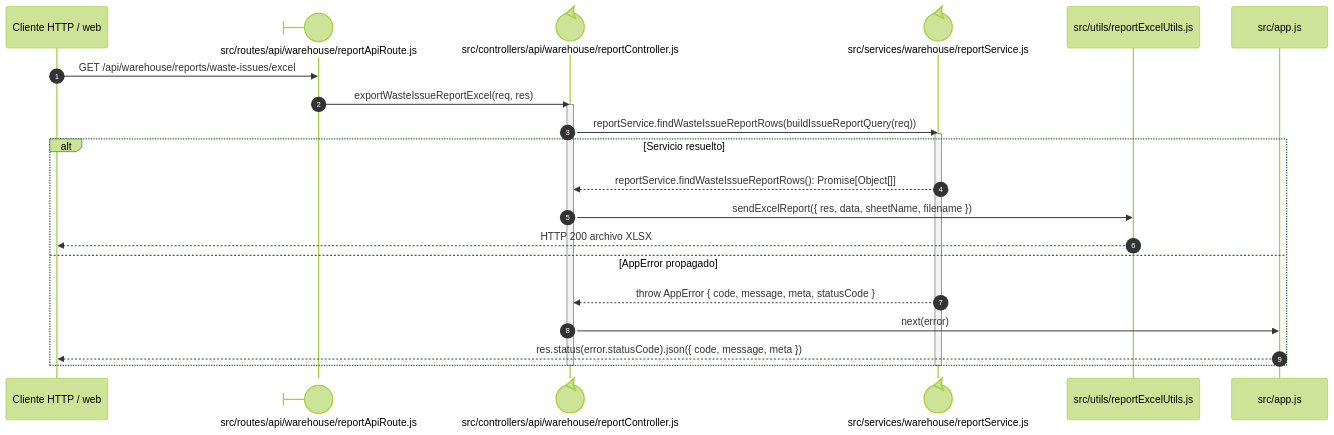
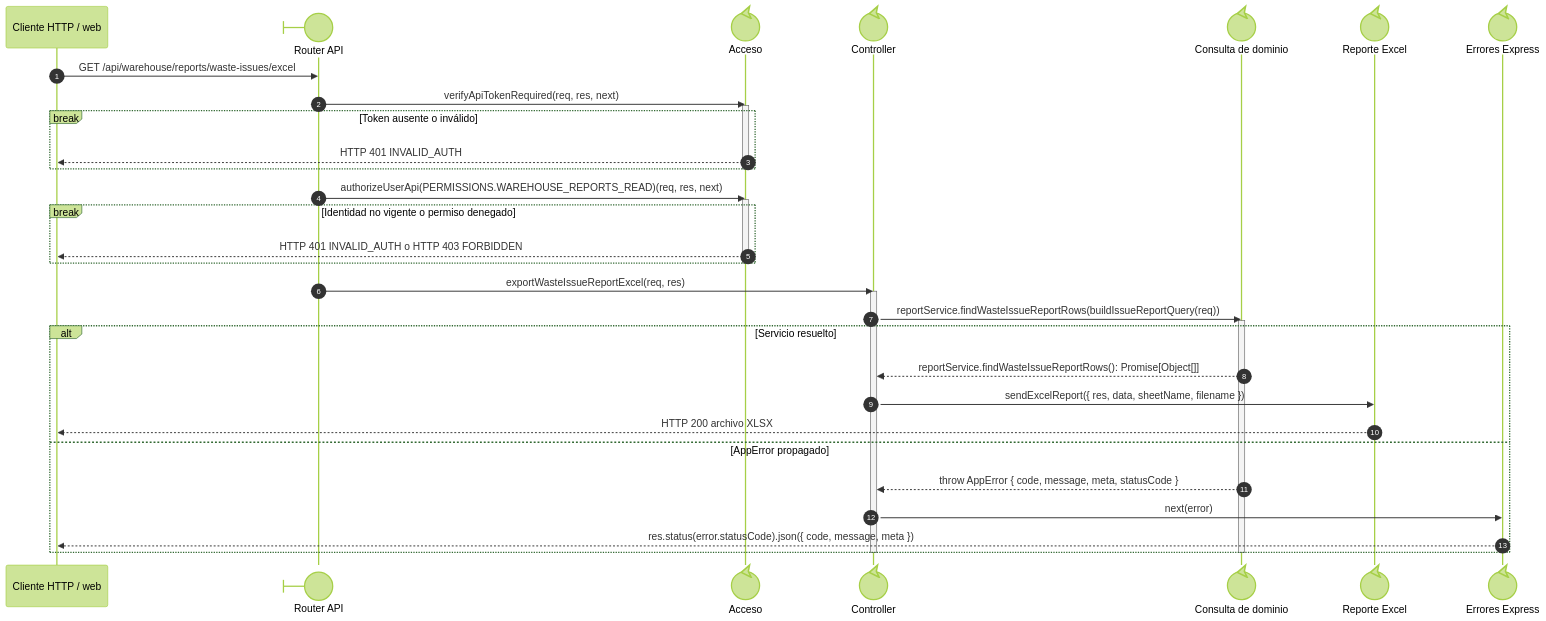
The diagram in docs/architecture/views/processes/backend-code-sequences/issues/cu-sal-14.md (gpgsistemas01/nexus), drawn with Mermaid (forest theme) before and after one commit. The commit also changed other lines of this file and 216 other files, not shown here.

Commit message:
docs: align module detail and expand sequence notation and collaborations

````diff
--- a/docs/architecture/views/processes/backend-code-sequences/issues/cu-sal-14.md
+++ b/docs/architecture/views/processes/backend-code-sequences/issues/cu-sal-14.md
@@ -6,27 +25,41 @@
 ```mermaid
 sequenceDiagram
     autonumber
     participant Client as Cliente HTTP / web
-    participant Route@{ "type": "boundary" } as src/routes/api/warehouse/reportApiRoute.js
-    participant Controller@{ "type": "control" } as src/controllers/api/warehouse/reportController.js
-    participant Query@{ "type": "control" } as src/services/warehouse/reportService.js
-    participant Excel as src/utils/reportExcelUtils.js
-    participant ErrorHandler as src/app.js
+    participant Route@{ "type": "boundary" } as Router API
+    participant Auth@{ "type": "control" } as Acceso
+    participant Controller@{ "type": "control" } as Controller
+    participant Query@{ "type": "control" } as Consulta de dominio
+    participant Excel@{ "type": "control" } as Reporte Excel
+    participant ErrorHandler@{ "type": "control" } as Errores Express
 
     Client->>Route: GET /api/warehouse/reports/waste-issues/excel
+
+    Route->>Auth: verifyApiTokenRequired(req, res, next)
+    activate Auth
+    break Token ausente o inválido
+        Auth-->>Client: HTTP 401 INVALID_AUTH
+    end
+    deactivate Auth
+    Route->>Auth: authorizeUserApi(PERMISSIONS.WAREHOUSE_REPORTS_READ)(req, res, next)
+    activate Auth
+    break Identidad no vigente o permiso denegado
+        Auth-->>Client: HTTP 401 INVALID_AUTH o HTTP 403 FORBIDDEN
+    end
+    deactivate Auth
     Route->>Controller: exportWasteIssueReportExcel(req, res)
     activate Controller
     Controller->>Query: reportService.findWasteIssueReportRows(buildIssueReportQuery(req))
     activate Query
     alt Servicio resuelto
         Query-->>Controller: reportService.findWasteIssueReportRows(): Promise[Object[]]
         Controller->>Excel: sendExcelReport({ res, data, sheetName, filename })
         Excel-->>Client: HTTP 200 archivo XLSX
     else AppError propagado
         Query-->>Controller: throw AppError { code, message, meta, statusCode }
         Controller->>ErrorHandler: next(error)
         ErrorHandler-->>Client: res.status(error.statusCode).json({ code, message, meta })
     end
     deactivate Query
     deactivate Controller
 ```
````
